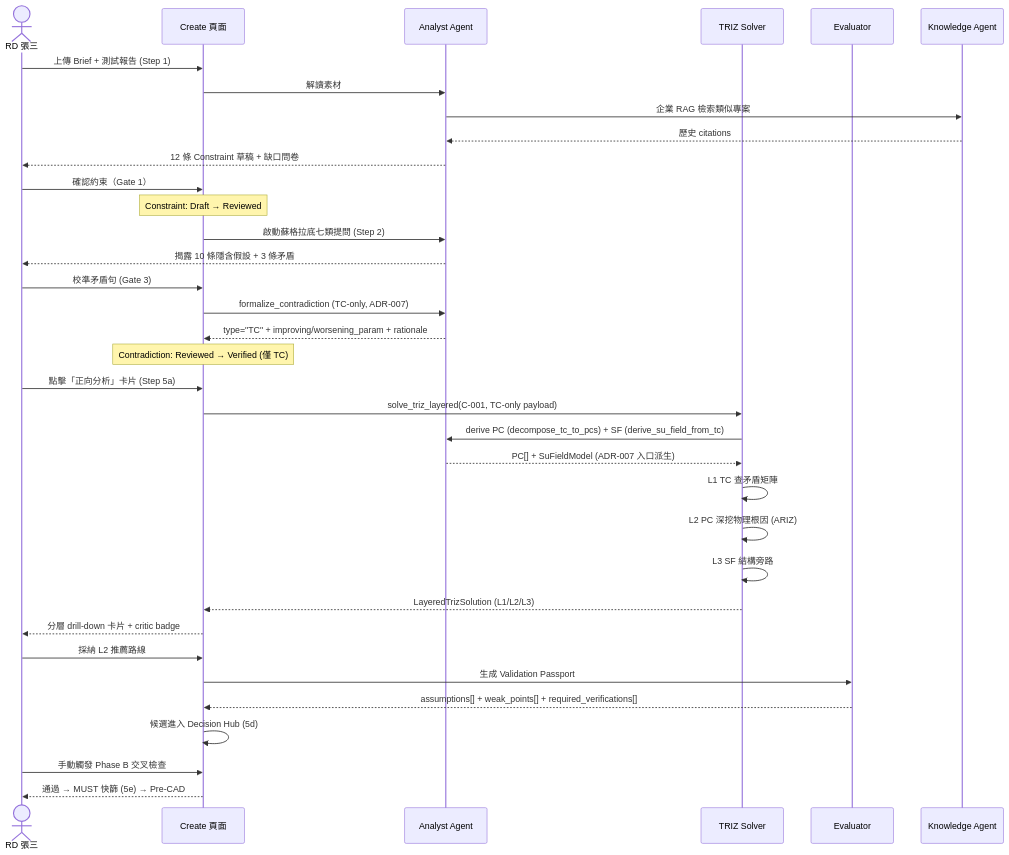
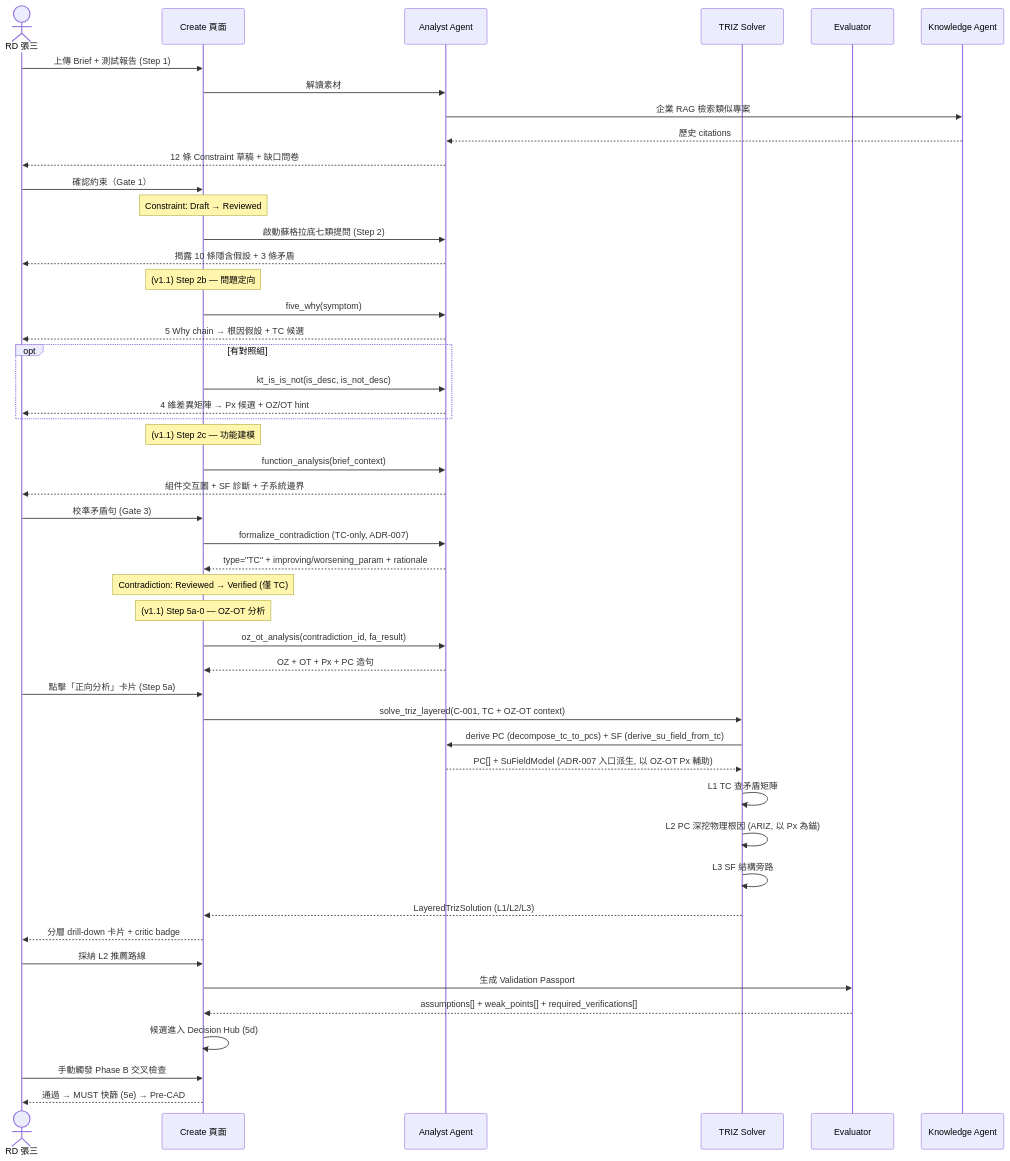
One commit to Zenobia0000/RD_copilot_system changed the second of 4 diagrams in docs/01-define/E3--system-interaction-flow.md. Above: the diagram before and after it, drawn with Mermaid. The commit also changed other lines of this file and 9 other files, not shown here.

First line of the commit message:
docs: Auto-TRIZ v2 方法論整合 Phase 1 — ADR + Agent specs + API + WBS

````diff
--- a/docs/01-define/E3--system-interaction-flow.md
+++ b/docs/01-define/E3--system-interaction-flow.md
@@ -61,43 +68,60 @@
 ```mermaid
 sequenceDiagram
     actor RD as RD 張三
     participant UI as Create 頁面
     participant AA as Analyst Agent
     participant TS as TRIZ Solver
     participant EV as Evaluator
     participant KB as Knowledge Agent
 
     RD->>UI: 上傳 Brief + 測試報告 (Step 1)
     UI->>AA: 解讀素材
     AA->>KB: 企業 RAG 檢索類似專案
     KB-->>AA: 歷史 citations
     AA-->>RD: 12 條 Constraint 草稿 + 缺口問卷
 
     RD->>UI: 確認約束（Gate 1）
     Note over UI: Constraint: Draft → Reviewed
 
     UI->>AA: 啟動蘇格拉底七類提問 (Step 2)
     AA-->>RD: 揭露 10 條隱含假設 + 3 條矛盾
+
+    Note over UI: (v1.1) Step 2b — 問題定向
+    UI->>AA: five_why(symptom)
+    AA-->>RD: 5 Why chain → 根因假設 + TC 候選
+    opt 有對照組
+        UI->>AA: kt_is_is_not(is_desc, is_not_desc)
+        AA-->>RD: 4 維差異矩陣 → Px 候選 + OZ/OT hint
+    end
+
+    Note over UI: (v1.1) Step 2c — 功能建模
+    UI->>AA: function_analysis(brief_context)
+    AA-->>RD: 組件交互圖 + SF 診斷 + 子系統邊界
+
     RD->>UI: 校準矛盾句 (Gate 3)
     UI->>AA: formalize_contradiction (TC-only, ADR-007)
     AA-->>UI: type="TC" + improving/worsening_param + rationale
     Note over UI: Contradiction: Reviewed → Verified (僅 TC)
 
+    Note over UI: (v1.1) Step 5a-0 — OZ-OT 分析
+    UI->>AA: oz_ot_analysis(contradiction_id, fa_result)
+    AA-->>UI: OZ + OT + Px + PC 造句
+
     RD->>UI: 點擊「正向分析」卡片 (Step 5a)
-    UI->>TS: solve_triz_layered(C-001, TC-only payload)
+    UI->>TS: solve_triz_layered(C-001, TC + OZ-OT context)
     TS->>AA: derive PC (decompose_tc_to_pcs) + SF (derive_su_field_from_tc)
-    AA-->>TS: PC[] + SuFieldModel (ADR-007 入口派生)
+    AA-->>TS: PC[] + SuFieldModel (ADR-007 入口派生, 以 OZ-OT Px 輔助)
     TS->>TS: L1 TC 查矛盾矩陣
-    TS->>TS: L2 PC 深挖物理根因 (ARIZ)
+    TS->>TS: L2 PC 深挖物理根因 (ARIZ, 以 Px 為錨)
     TS->>TS: L3 SF 結構旁路
     TS-->>UI: LayeredTrizSolution (L1/L2/L3)
     UI-->>RD: 分層 drill-down 卡片 + critic badge
 
     RD->>UI: 採納 L2 推薦路線
     UI->>EV: 生成 Validation Passport
     EV-->>UI: assumptions[] + weak_points[] + required_verifications[]
 
     UI->>UI: 候選進入 Decision Hub (5d)
     RD->>UI: 手動觸發 Phase B 交叉檢查
     UI-->>RD: 通過 → MUST 快篩 (5e) → Pre-CAD
 ```
````
